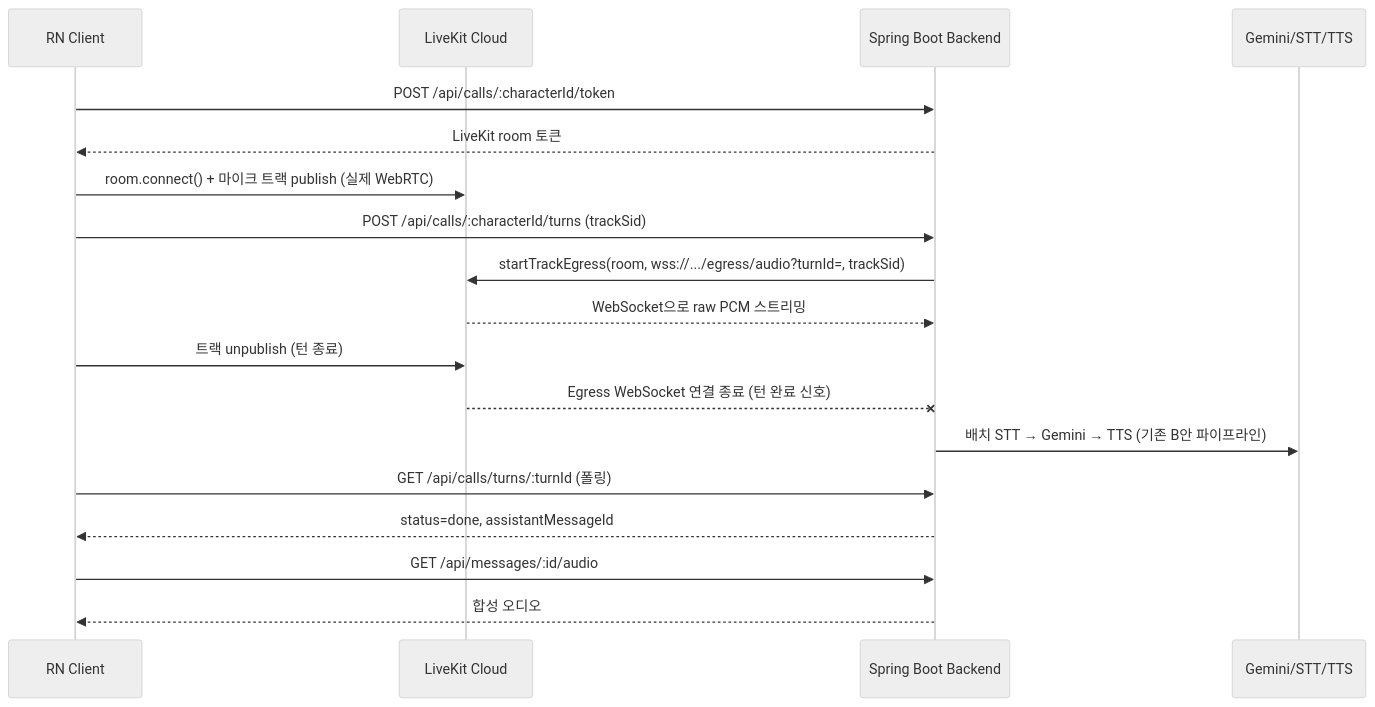
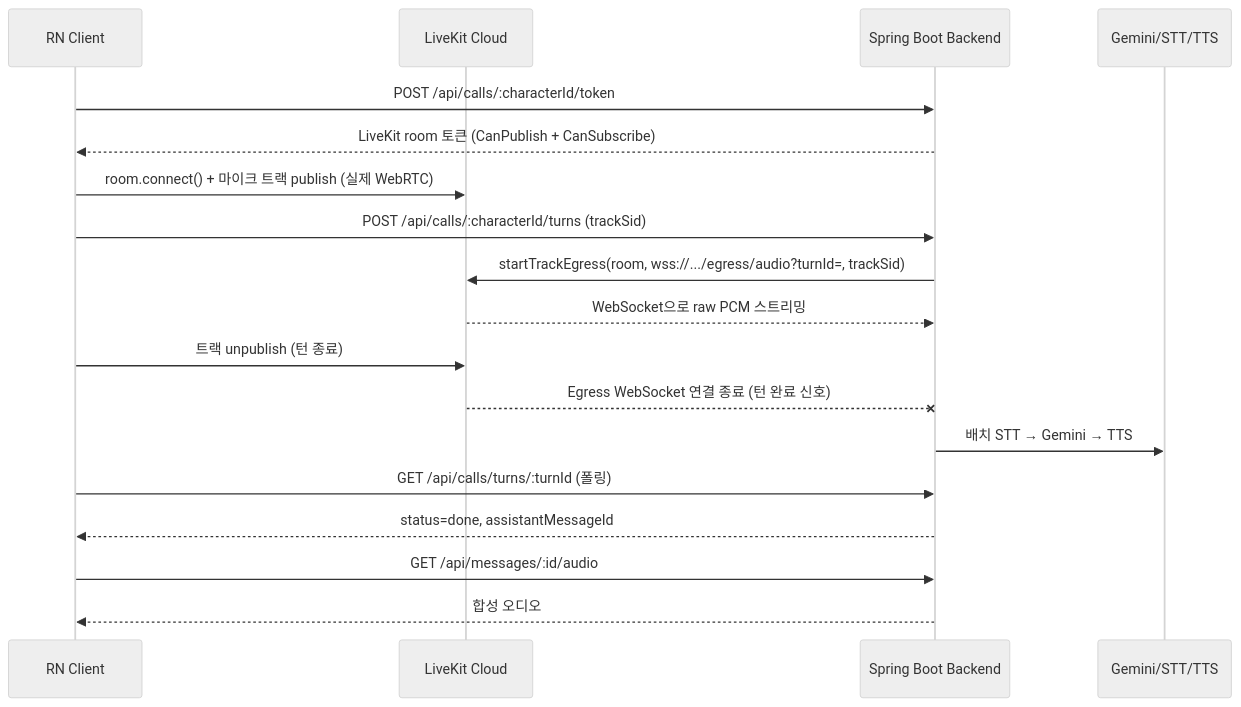
Before and after one commit to UiHyungZo/storia-story-chat: the second of 3 diagrams in docs/architecture/README.md, drawn with Mermaid (neutral theme). The commit also changed other lines of this file and 6 other files, not shown here.

First line of the commit message:
docs: replace planning PRDs with single as-built PRD, sync architecture docs

````diff
--- a/docs/architecture/README.md
+++ b/docs/architecture/README.md
@@ -34,21 +51,21 @@
 ```mermaid
 sequenceDiagram
     participant C as RN Client
     participant LK as LiveKit Cloud
     participant B as Spring Boot Backend
     participant G as Gemini/STT/TTS
 
     C->>B: POST /api/calls/:characterId/token
-    B-->>C: LiveKit room 토큰
+    B-->>C: LiveKit room 토큰 (CanPublish + CanSubscribe)
     C->>LK: room.connect() + 마이크 트랙 publish (실제 WebRTC)
     C->>B: POST /api/calls/:characterId/turns (trackSid)
     B->>LK: startTrackEgress(room, wss://.../egress/audio?turnId=, trackSid)
     LK-->>B: WebSocket으로 raw PCM 스트리밍
     C->>LK: 트랙 unpublish (턴 종료)
     LK--xB: Egress WebSocket 연결 종료 (턴 완료 신호)
-    B->>G: 배치 STT → Gemini → TTS (기존 B안 파이프라인)
+    B->>G: 배치 STT → Gemini → TTS
     C->>B: GET /api/calls/turns/:turnId (폴링)
     B-->>C: status=done, assistantMessageId
     C->>B: GET /api/messages/:id/audio
     B-->>C: 합성 오디오
 ```
````
